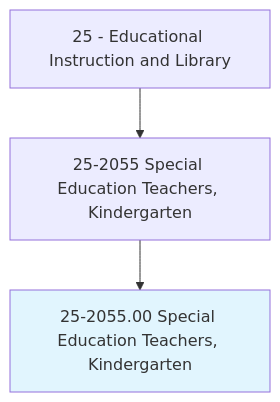
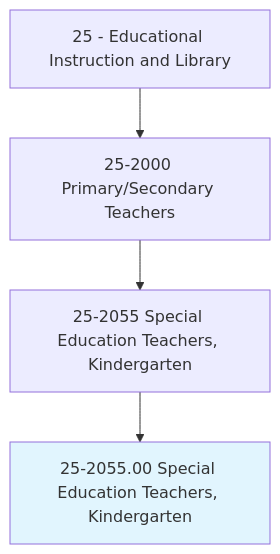
The first of 4 diagrams in occupations/Education/SpecialEducationTeachersKindergarten.mdx (kziemski/business.org.ai), drawn with Mermaid before and after one commit. The commit also changed other lines of this file and 938 other files, not shown here.

````diff
--- a/occupations/Education/SpecialEducationTeachersKindergarten.mdx
+++ b/occupations/Education/SpecialEducationTeachersKindergarten.mdx
@@ -19,6 +23,7 @@
 ```mermaid
 graph TD
-    Cat25["25 - Educational Instruction and Library"] --> Group252055["25-2055 Special Education Teachers, Kindergarten"]
+    Cat25["25 - Educational Instruction and Library"] --> Group252["25-2000 Primary/Secondary Teachers"]
+    Group252 --> Group252055["25-2055 Special Education Teachers, Kindergarten"]
     Group252055 --> Current["25-2055.00 Special Education Teachers, Kindergarten"]
     style Current fill:#e1f5fe
 ```
````
